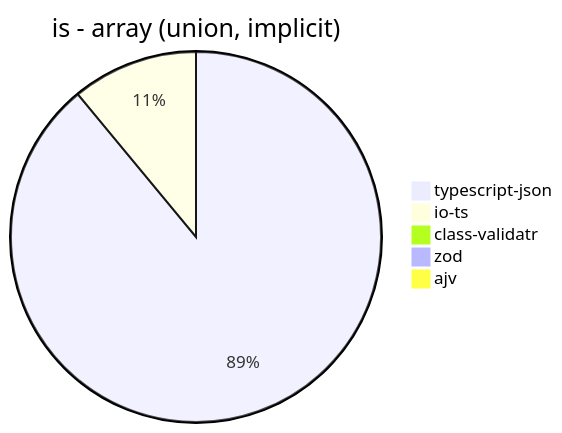
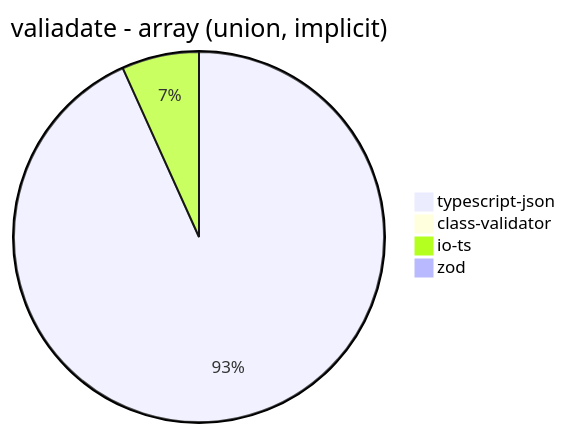
Before and after one commit to samchon/typia: diagram 15 of 32 in benchmark/results/AMD Ryzen 7 5800H with Radeon Graphics.md, drawn with Mermaid. The commit also changed other lines of this file and 14 other files, not shown here.

Commit message:
Close #243 and Fix #244 - enhance json schema

````diff
--- a/benchmark/results/AMD Ryzen 7 5800H with Radeon Graphics.md
+++ b/benchmark/results/AMD Ryzen 7 5800H with Radeon Graphics.md
@@ -173,8 +172,7 @@
 ```mermaid
-pie title is - array (union, implicit)
-  "typescript-json": 3594.7772096420745
-  "io-ts": 444.5255474452554
-  "class-validatr": 0
-  "zod": 3.770739064856712
-  "ajv": 0
+pie title valiadate - array (union, implicit)
+  "typescript-json": 1399.3010851572558
+  "class-validator": 0
+  "io-ts": 101.2589928057554
+  "zod": 3.5593855376545522
 ```
````
